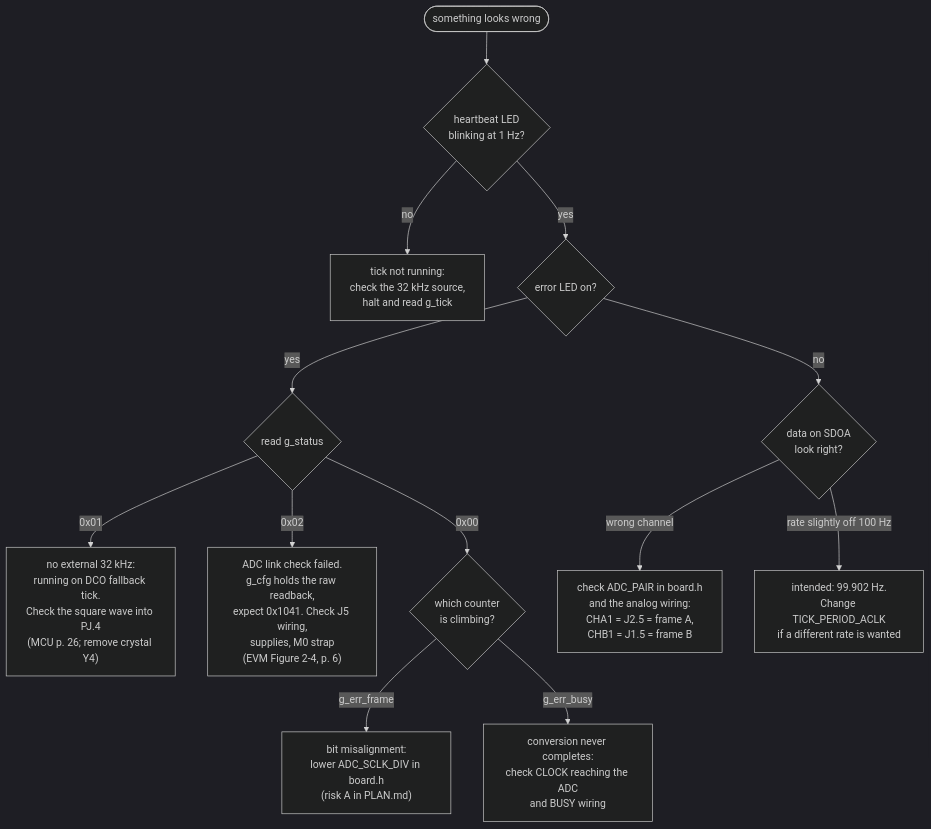
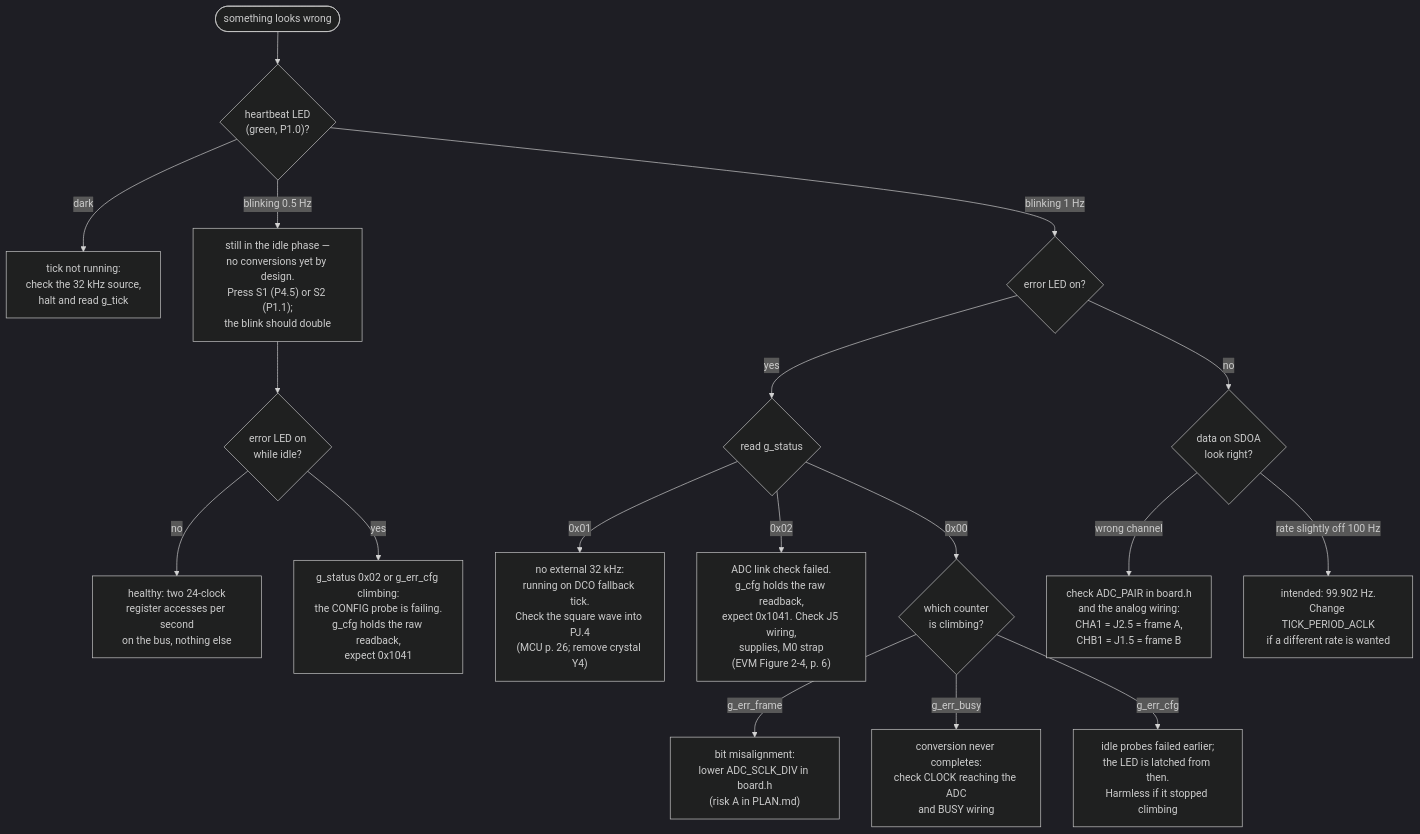
Before and after one commit to S-OConnor/MSP430_TestRepo: diagram 13 of 13 in docs/DESIGN.md, drawn with Mermaid (dark theme). The commit also changed other lines of this file and 12 other files, not shown here.

Commit message:
loop on read write configuration register

````diff
--- a/docs/DESIGN.md
+++ b/docs/DESIGN.md
@@ -1074,20 +1256,26 @@
 ```mermaid
 flowchart TD
-    START([something looks wrong]) --> HB{"heartbeat LED<br/>blinking at 1 Hz?"}
+    START([something looks wrong]) --> HB{"heartbeat LED<br/>(green, P1.0)?"}
 
-    HB -->|no| NOTICK["tick not running:<br/>check the 32 kHz source,<br/>halt and read g_tick"]
-    HB -->|yes| ERRLED{"error LED on?"}
+    HB -->|dark| NOTICK["tick not running:<br/>check the 32 kHz source,<br/>halt and read g_tick"]
+    HB -->|"blinking 0.5 Hz"| IDLE["still in the idle phase —<br/>no conversions yet by design.<br/>Press S1 (P4.5) or S2 (P1.1);<br/>the blink should double"]
+    HB -->|"blinking 1 Hz"| ERRLED{"error LED on?"}
+
+    IDLE --> IDLEERR{"error LED on<br/>while idle?"}
+    IDLEERR -->|no| WAIT["healthy: two 24-clock<br/>register accesses per second<br/>on the bus, nothing else"]
+    IDLEERR -->|yes| CFG["g_status 0x02 or g_err_cfg climbing:<br/>the CONFIG probe is failing.<br/>g_cfg holds the raw readback,<br/>expect 0x1041"]
 
     ERRLED -->|no| DATA{"data on SDOA<br/>look right?"}
     ERRLED -->|yes| STATUS{"read g_status"}
 
     STATUS -->|0x01| S1["no external 32 kHz:<br/>running on DCO fallback tick.<br/>Check the square wave into PJ.4<br/>(MCU p. 26; remove crystal Y4)"]
     STATUS -->|0x02| S2["ADC link check failed.<br/>g_cfg holds the raw readback,<br/>expect 0x1041. Check J5 wiring,<br/>supplies, M0 strap<br/>(EVM Figure 2-4, p. 6)"]
     STATUS -->|0x00| S0{"which counter<br/>is climbing?"}
 
     S0 -->|g_err_frame| FRAME["bit misalignment:<br/>lower ADC_SCLK_DIV in board.h<br/>(risk A in PLAN.md)"]
     S0 -->|g_err_busy| BUSY["conversion never completes:<br/>check CLOCK reaching the ADC<br/>and BUSY wiring"]
+    S0 -->|g_err_cfg| CFG2["idle probes failed earlier;<br/>the LED is latched from then.<br/>Harmless if it stopped climbing"]
 
     DATA -->|"wrong channel"| CHAN["check ADC_PAIR in board.h<br/>and the analog wiring:<br/>CHA1 = J2.5 = frame A,<br/>CHB1 = J1.5 = frame B"]
     DATA -->|"rate slightly off 100 Hz"| RATE["intended: 99.902 Hz.<br/>Change TICK_PERIOD_ACLK<br/>if a different rate is wanted"]
 ```
````
